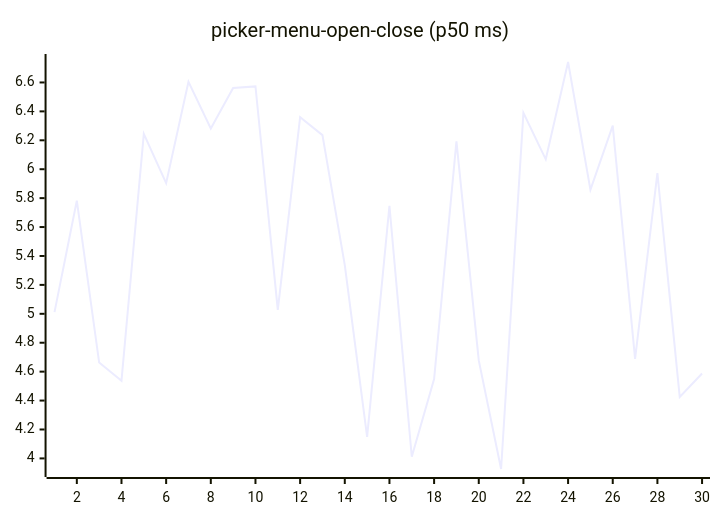
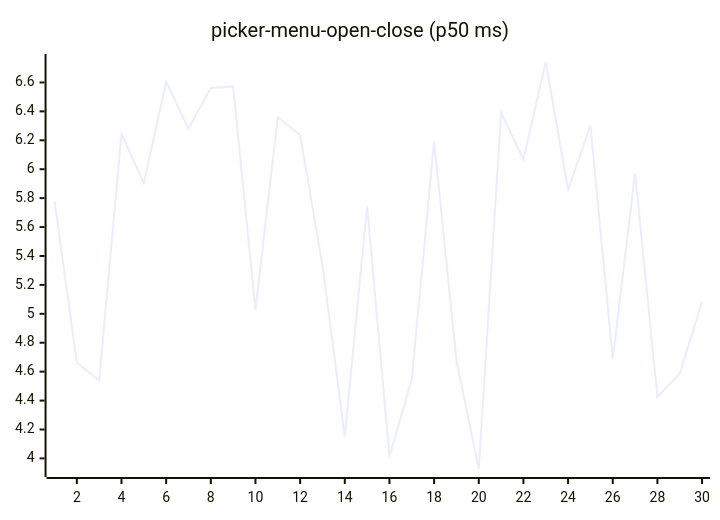
Diagram 16 of 27 in README.md (josha/Facet), drawn with Mermaid before and after one commit. The commit also changed other lines of this file and 2 other files, not shown here.

````diff
--- a/README.md
+++ b/README.md
@@ -168,6 +168,6 @@
 ```mermaid
 xychart-beta
     title "picker-menu-open-close (p50 ms)"
     x-axis 1 --> 30
-    line [5.0120, 5.7822, 4.6627, 4.5372, 6.2442, 5.9038, 6.6044, 6.2815, 6.5623, 6.5728, 5.0278, 6.3599, 6.2355, 5.3362, 4.1492, 5.7473, 4.0112, 4.5489, 6.1919, 4.6774, 3.9267, 6.3897, 6.0683, 6.7415, 5.8582, 6.3016, 4.6878, 5.9725, 4.4246, 4.5868]
+    line [5.7822, 4.6627, 4.5372, 6.2442, 5.9038, 6.6044, 6.2815, 6.5623, 6.5728, 5.0278, 6.3599, 6.2355, 5.3362, 4.1492, 5.7473, 4.0112, 4.5489, 6.1919, 4.6774, 3.9267, 6.3897, 6.0683, 6.7415, 5.8582, 6.3016, 4.6878, 5.9725, 4.4246, 4.5868, 5.0832]
 ```
````
